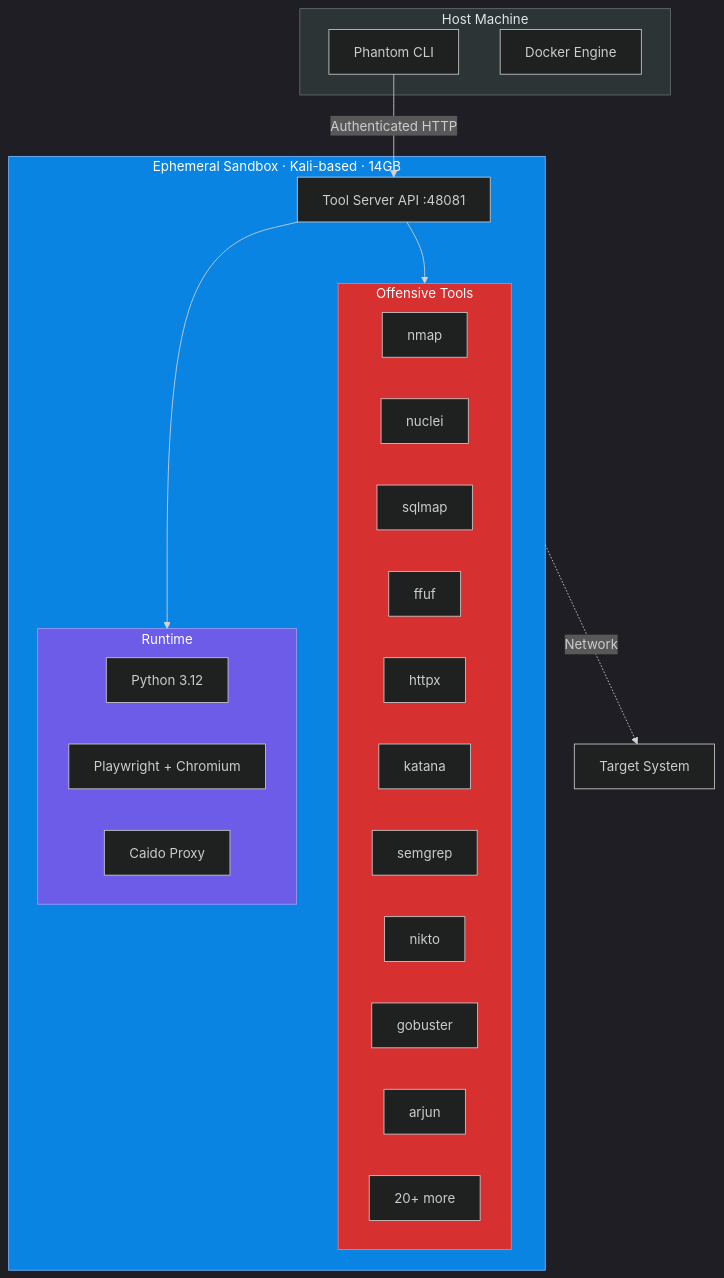
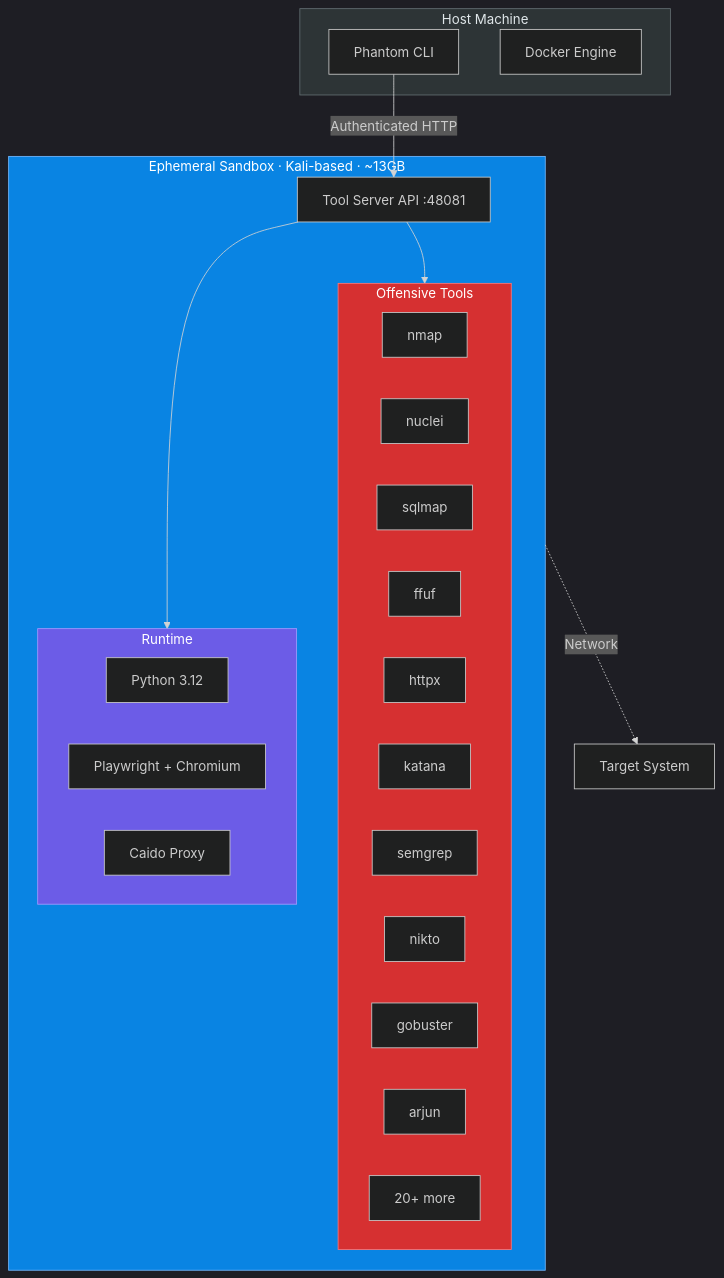
The fourth of 4 diagrams in README.md (Usta0x001/Phantom), drawn with Mermaid before and after one commit. The commit also changed other lines of this file and 20 other files, not shown here.

````diff
--- a/README.md
+++ b/README.md
@@ -216,34 +216,34 @@
 ```mermaid
 %%{init: {'theme': 'dark'}}%%
 graph TB
     subgraph Host["Host Machine"]
         CLI["Phantom CLI"]
         Docker["Docker Engine"]
     end
 
-    subgraph Container["Ephemeral Sandbox · Kali-based · 14GB"]
+    subgraph Container["Ephemeral Sandbox · Kali-based · ~13GB"]
         ToolServer["Tool Server API :48081"]
 
         subgraph Toolkit["Offensive Tools"]
             nmap & nuclei & sqlmap & ffuf
             httpx & katana & semgrep & nikto
             gobuster & arjun & more["20+ more"]
         end
 
         subgraph Runtime["Runtime"]
             Python["Python 3.12"]
             PW["Playwright + Chromium"]
             Caido["Caido Proxy"]
         end
     end
 
     CLI -->|"Authenticated HTTP"| ToolServer
     ToolServer --> Toolkit
     ToolServer --> Runtime
     Container -.->|"Network"| Target["Target System"]
 
     style Host fill:#2d3436,stroke:#636e72,color:#dfe6e9
     style Container fill:#0984e3,stroke:#74b9ff,color:#fff
     style Toolkit fill:#d63031,stroke:#ff7675,color:#fff
     style Runtime fill:#6c5ce7,stroke:#a29bfe,color:#fff
 ```
````
